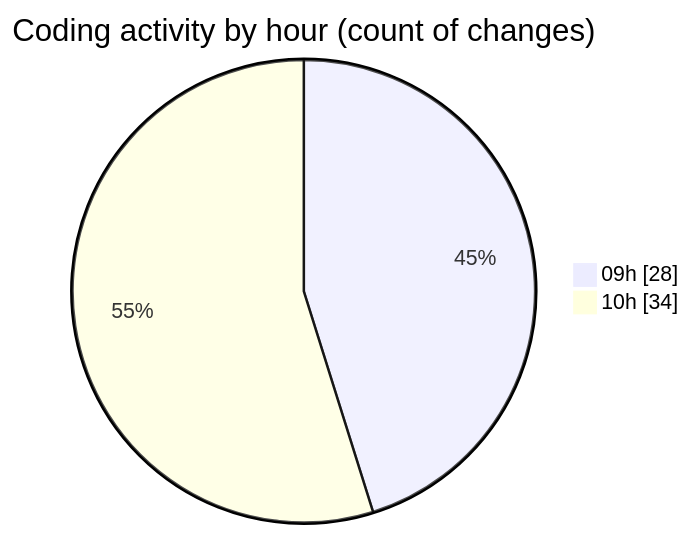
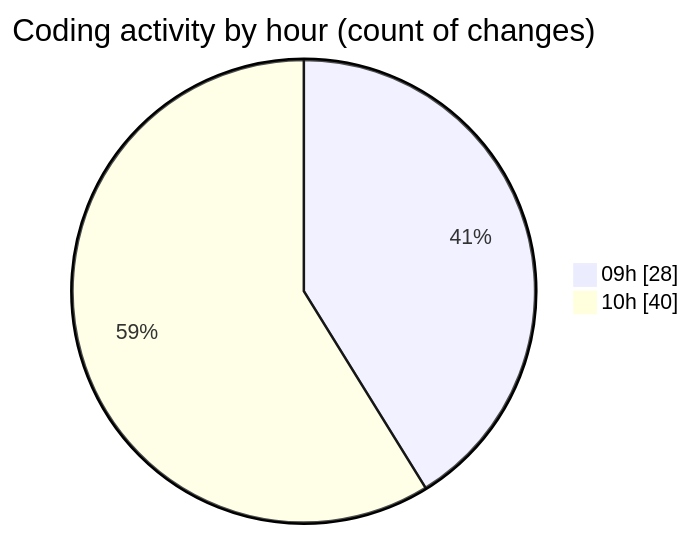
Before and after one commit to momahboobian/code-tracking: the second of 2 diagrams in 2026-07-30/cda/README.md, drawn with Mermaid. The commit also changed other lines of this file and 1 other file, not shown here.

````diff
--- a/2026-07-30/cda/README.md
+++ b/2026-07-30/cda/README.md
@@ -58,6 +58,6 @@
 ```mermaid
 pie showData
 title Coding activity by hour (count of changes)
 "09h" : 28
-"10h" : 34
+"10h" : 40
 ```
````
